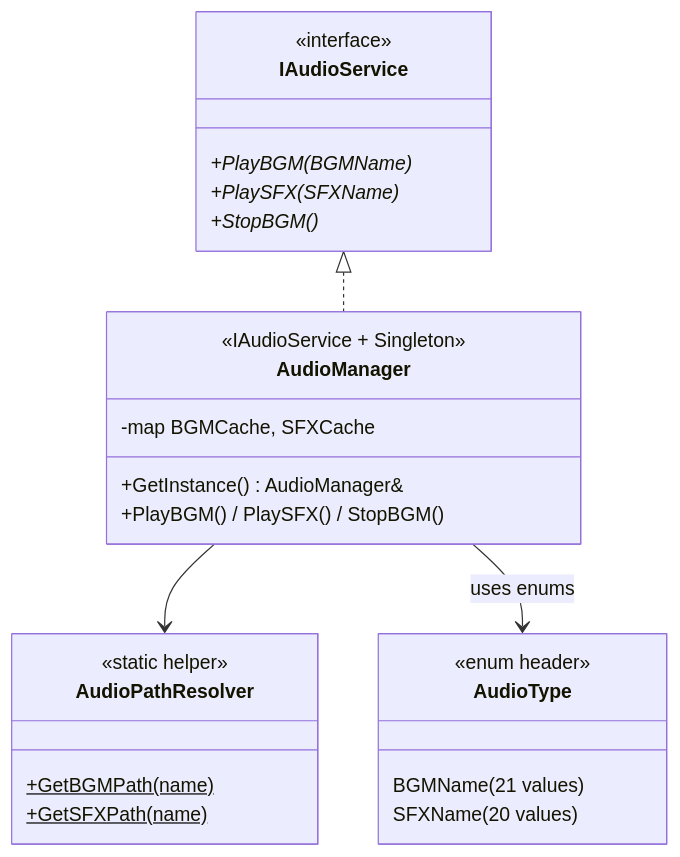
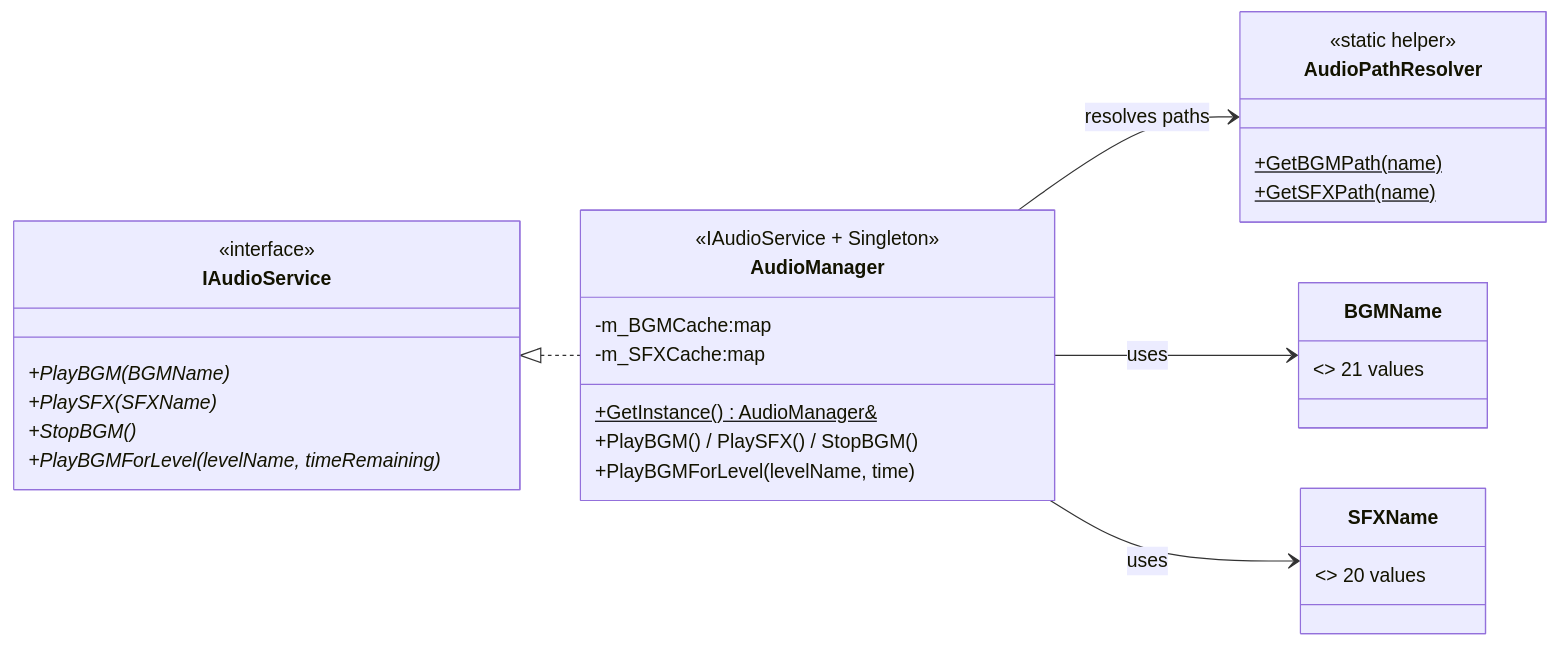
The sixth of 9 diagrams in Constructure.md (Andy87877/NTUT_OOPL_mario), drawn with Mermaid before and after one commit. The commit also changed other lines of this file and 33 other files, not shown here.

````diff
--- a/Constructure.md
+++ b/Constructure.md
@@ -231,31 +367,35 @@
 ```mermaid
 classDiagram
-    direction TB
+    direction LR
 
     class IAudioService {
         <<interface>>
         +PlayBGM(BGMName)*
         +PlaySFX(SFXName)*
         +StopBGM()*
+        +PlayBGMForLevel(levelName, timeRemaining)*
     }
+
     class AudioManager {
         <<IAudioService + Singleton>>
-        -map BGMCache, SFXCache
-        +GetInstance() AudioManager&
+        -m_BGMCache:map
+        -m_SFXCache:map
+        +GetInstance()$ AudioManager&
         +PlayBGM() / PlaySFX() / StopBGM()
+        +PlayBGMForLevel(levelName, time)
     }
+
     class AudioPathResolver {
         <<static helper>>
         +GetBGMPath(name)$
         +GetSFXPath(name)$
     }
-    class AudioType {
-        <<enum header>>
-        BGMName (21 values)
-        SFXName (20 values)
-    }
+
+    class BGMName { <<enum>> 21 values }
+    class SFXName { <<enum>> 20 values }
 
     IAudioService <|.. AudioManager
-    AudioManager --> AudioPathResolver
-    AudioManager --> AudioType : uses enums
+    AudioManager --> AudioPathResolver : resolves paths
+    AudioManager --> BGMName : uses
+    AudioManager --> SFXName : uses
 ```
````
